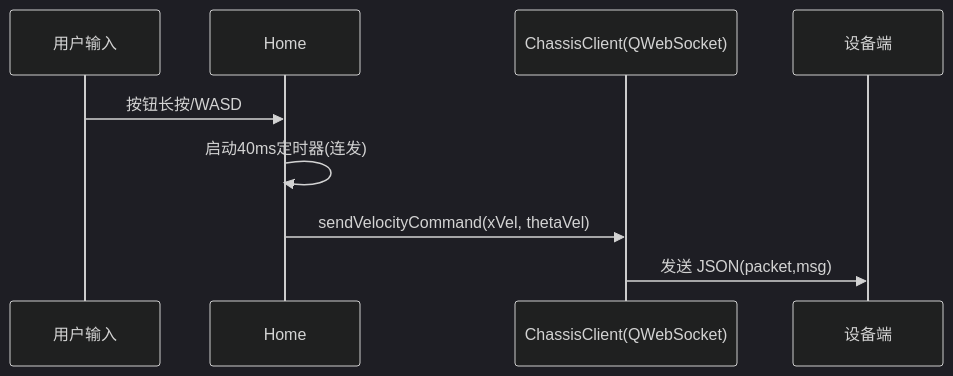
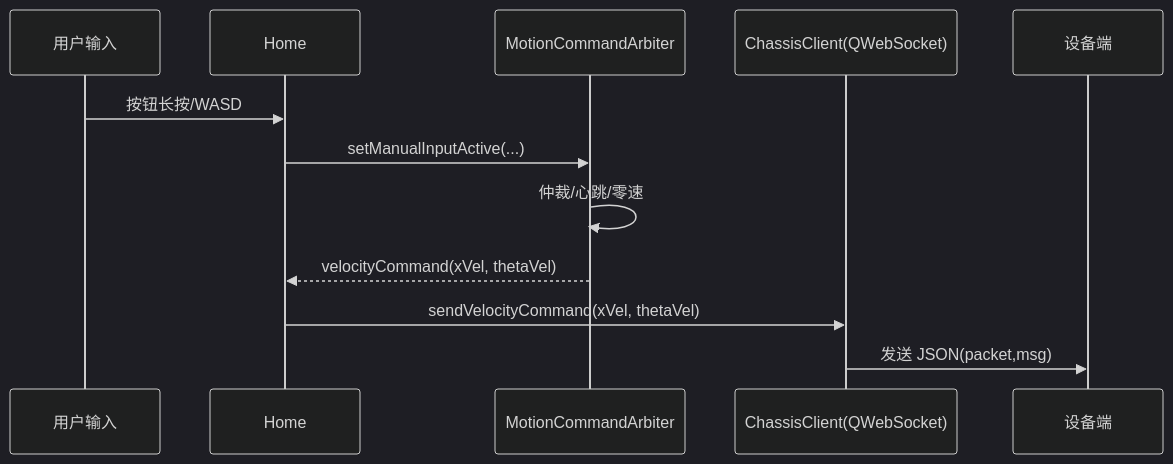
One commit to DAC-Code25/Tenco changed the second of 4 diagrams in docs/04_Architecture.md. Above: the diagram before and after it, drawn with Mermaid (dark theme). The commit also changed other lines of this file and 14 other files, not shown here.

````diff
--- a/docs/04_Architecture.md
+++ b/docs/04_Architecture.md
@@ -75,12 +75,15 @@
 ```mermaid
 sequenceDiagram
   participant User as 用户输入
   participant UI as Home
+  participant A as MotionCommandArbiter
   participant WS as ChassisClient(QWebSocket)
   participant Robot as 设备端
 
   User->>UI: 按钮长按/WASD
-  UI->>UI: 启动40ms定时器(连发)
+  UI->>A: setManualInputActive(...)
+  A->>A: 仲裁/心跳/零速
+  A-->>UI: velocityCommand(xVel, thetaVel)
   UI->>WS: sendVelocityCommand(xVel, thetaVel)
   WS->>Robot: 发送 JSON(packet,msg)
 ```
````
